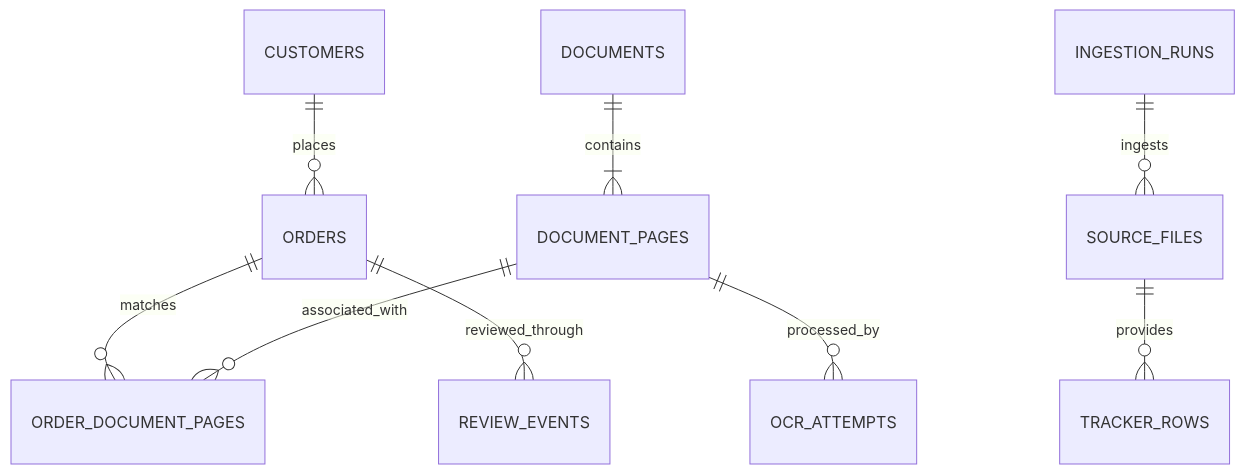
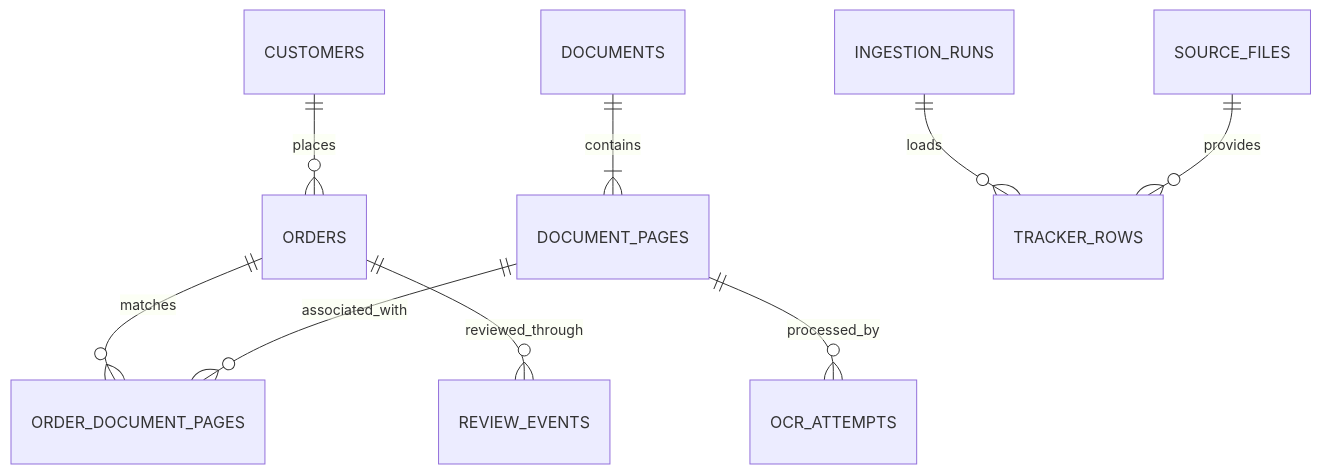
The first of 2 diagrams in docs/decisions/0002-relational-store-and-etl.md (andres-linero/object-character-recognition-ocr), drawn with Mermaid before and after one commit. The commit also changed other lines of this file and 27 other files, not shown here.

````diff
--- a/docs/decisions/0002-relational-store-and-etl.md
+++ b/docs/decisions/0002-relational-store-and-etl.md
@@ -41,11 +41,11 @@
 ```mermaid
 erDiagram
     CUSTOMERS ||--o{ ORDERS : places
     DOCUMENTS ||--|{ DOCUMENT_PAGES : contains
     ORDERS ||--o{ ORDER_DOCUMENT_PAGES : matches
     DOCUMENT_PAGES ||--o{ ORDER_DOCUMENT_PAGES : associated_with
     DOCUMENT_PAGES ||--o{ OCR_ATTEMPTS : processed_by
-    INGESTION_RUNS ||--o{ SOURCE_FILES : ingests
+    INGESTION_RUNS ||--o{ TRACKER_ROWS : loads
     SOURCE_FILES ||--o{ TRACKER_ROWS : provides
     ORDERS ||--o{ REVIEW_EVENTS : reviewed_through
 ```
````
